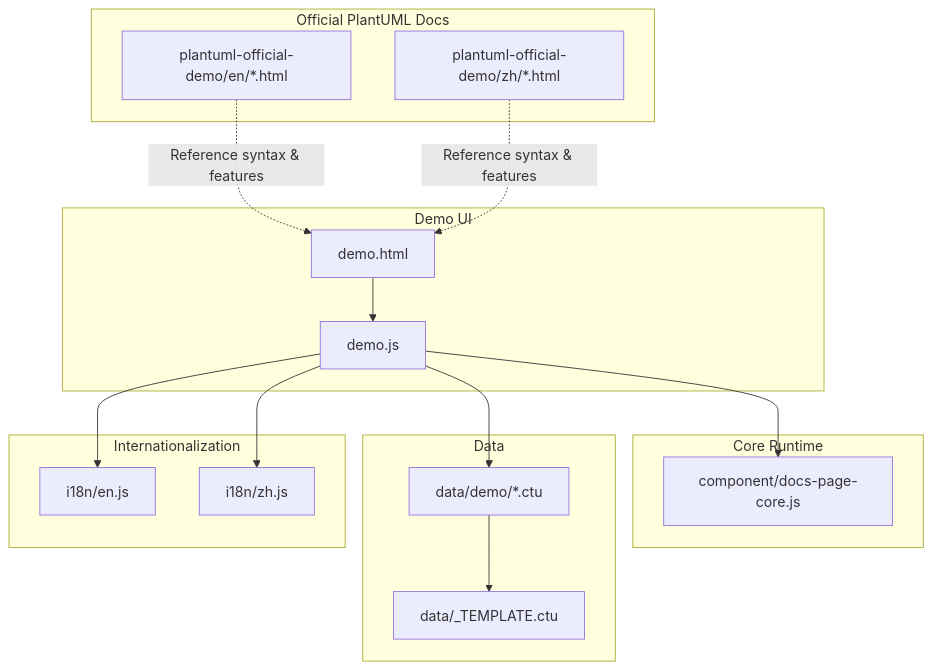
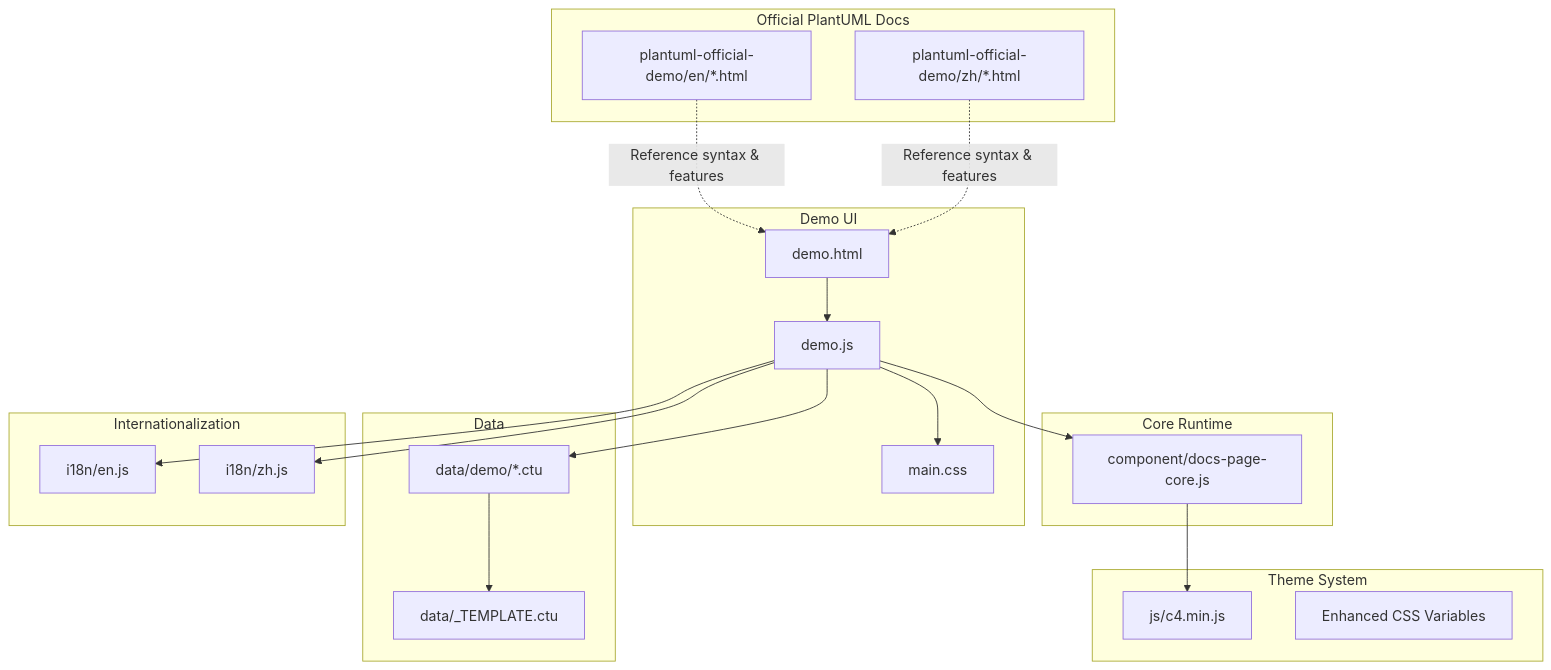
Before and after one commit to pingwurth/code-to-uml: the first of 6 diagrams in .qoder/repowiki/en/content/Diagram Examples/Diagram Examples.md, drawn with Mermaid. The commit also changed other lines of this file and 6 other files, not shown here.

````diff
--- a/.qoder/repowiki/en/content/Diagram Examples/Diagram Examples.md
+++ b/.qoder/repowiki/en/content/Diagram Examples/Diagram Examples.md
@@ -39,30 +52,37 @@
 ```mermaid
 graph TB
 subgraph "Demo UI"
 A["demo.html"]
 B["demo.js"]
+C["main.css"]
 end
 subgraph "Core Runtime"
-C["component/docs-page-core.js"]
+D["component/docs-page-core.js"]
 end
 subgraph "Data"
-D["data/demo/*.ctu"]
-E["data/_TEMPLATE.ctu"]
+E["data/demo/*.ctu"]
+F["data/_TEMPLATE.ctu"]
 end
 subgraph "Internationalization"
-F["i18n/en.js"]
-G["i18n/zh.js"]
+G["i18n/en.js"]
+H["i18n/zh.js"]
 end
 subgraph "Official PlantUML Docs"
-H["plantuml-official-demo/en/*.html"]
-I["plantuml-official-demo/zh/*.html"]
+I["plantuml-official-demo/en/*.html"]
+J["plantuml-official-demo/zh/*.html"]
+end
+subgraph "Theme System"
+K["js/c4.min.js"]
+L["Enhanced CSS Variables"]
 end
 A --> B
 B --> C
 B --> D
-B --> F
+B --> E
 B --> G
-D --> E
-H -. "Reference syntax & features" .-> A
+B --> H
+D --> K
+E --> F
 I -. "Reference syntax & features" .-> A
+J -. "Reference syntax & features" .-> A
 ```
````
